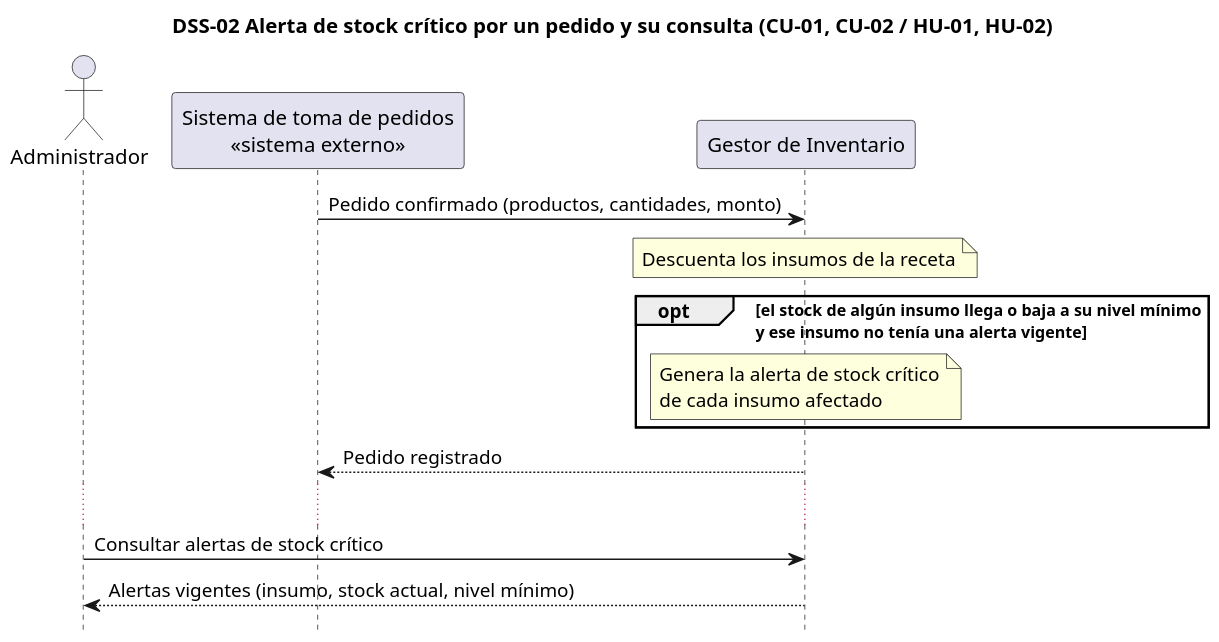
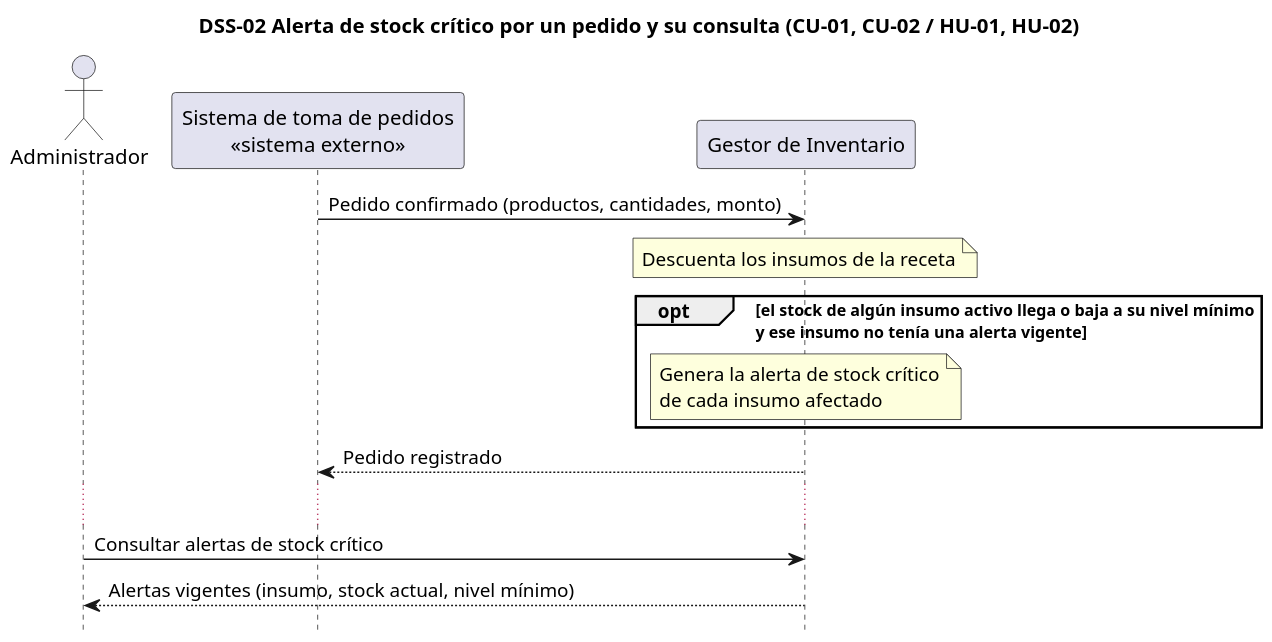
One commit to lambtto/Gestor-Inventario-Brookie changed the diagram in diagramas/dss-02.puml. Above: the diagram before and after it, drawn with PlantUML. The commit also changed 21 other files, not shown here.

First line of the commit message:
Correcciones de coherencia entre artefactos y diagramas

```diff
--- a/diagramas/dss-02.puml
+++ b/diagramas/dss-02.puml
@@ -1,18 +1,18 @@
 @startuml dss-02
 title DSS-02 Alerta de stock crítico por un pedido y su consulta (CU-01, CU-02 / HU-01, HU-02)
 skinparam dpi 140
 hide footbox
 actor Administrador as Adm
 participant "Sistema de toma de pedidos\n<<sistema externo>>" as SP
 participant "Gestor de Inventario" as G
 
 SP -> G : Pedido confirmado (productos, cantidades, monto)
 note over G : Descuenta los insumos de la receta
-opt el stock de algún insumo llega o baja a su nivel mínimo\ny ese insumo no tenía una alerta vigente
+opt el stock de algún insumo activo llega o baja a su nivel mínimo\ny ese insumo no tenía una alerta vigente
   note over G : Genera la alerta de stock crítico\nde cada insumo afectado
 end
 G --> SP : Pedido registrado
 ...
 Adm -> G : Consultar alertas de stock crítico
 G --> Adm : Alertas vigentes (insumo, stock actual, nivel mínimo)
 @enduml
```
